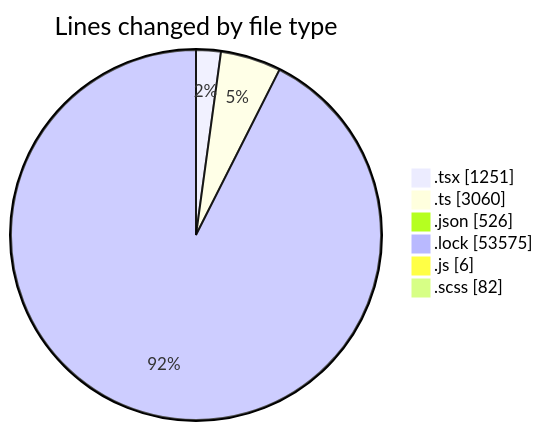
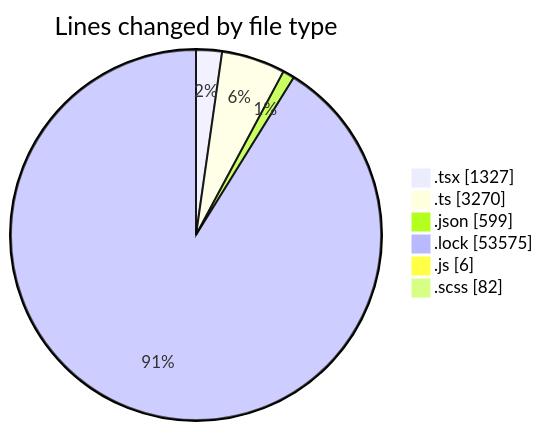
The first of 2 diagrams in 2026-03-27/cda/README.md (momahboobian/code-tracking), drawn with Mermaid before and after one commit. The commit also changed other lines of this file and 1 other file, not shown here.

````diff
--- a/2026-03-27/cda/README.md
+++ b/2026-03-27/cda/README.md
@@ -46,10 +46,10 @@
 ```mermaid
 pie showData
 title Lines changed by file type
-".tsx" : 1251
-".ts" : 3060
-".json" : 526
+".tsx" : 1327
+".ts" : 3270
+".json" : 599
 ".lock" : 53575
 ".js" : 6
 ".scss" : 82
 ```
````
